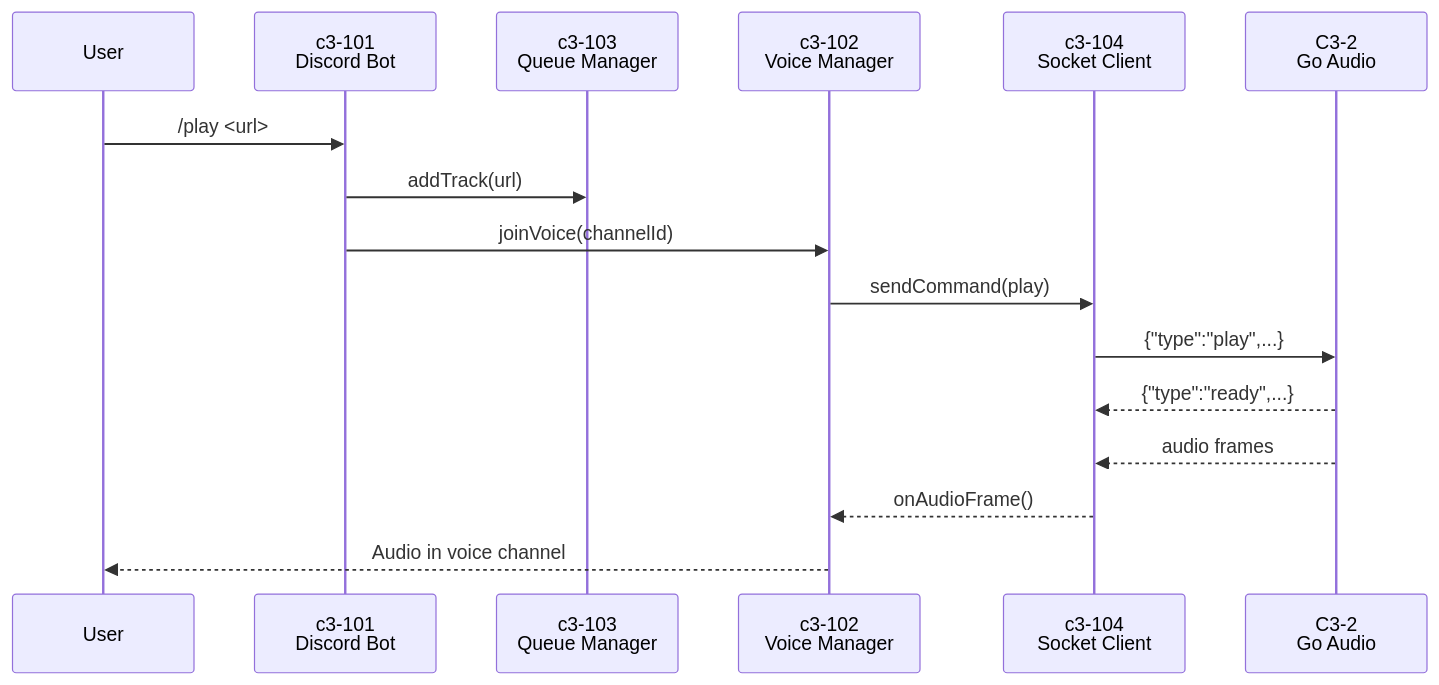
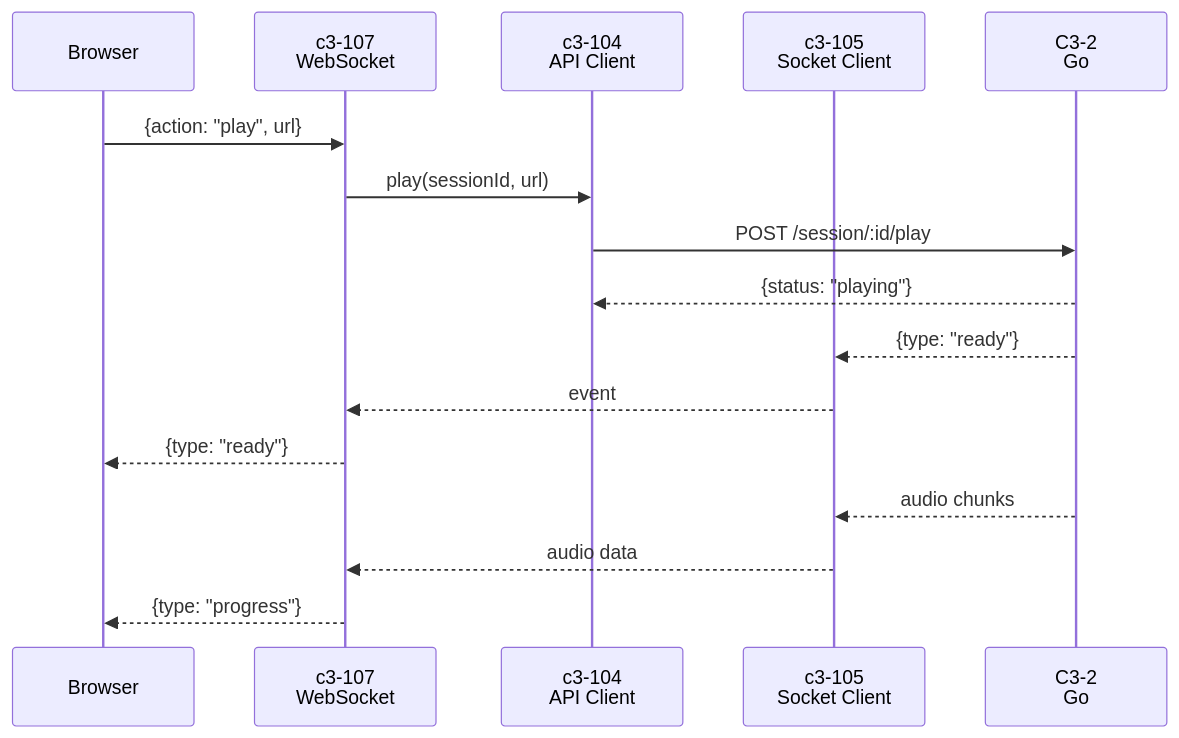
One commit to thewind121212/natashi changed the fourth of 6 diagrams in .c3/c3-1-nodejs/README.md. Above: the diagram before and after it, drawn with Mermaid. The commit also changed other lines of this file and 34 other files, not shown here.

````diff
--- a/.c3/c3-1-nodejs/README.md
+++ b/.c3/c3-1-nodejs/README.md
@@ -147,19 +132,19 @@
 ```mermaid
 sequenceDiagram
-    participant U as User
-    participant C101 as c3-101<br/>Discord Bot
-    participant C103 as c3-103<br/>Queue Manager
-    participant C102 as c3-102<br/>Voice Manager
-    participant C104 as c3-104<br/>Socket Client
-    participant GO as C3-2<br/>Go Audio
+    participant B as Browser
+    participant WS as c3-107<br/>WebSocket
+    participant API as c3-104<br/>API Client
+    participant SC as c3-105<br/>Socket Client
+    participant GO as C3-2<br/>Go
 
-    U->>C101: /play <url>
-    C101->>C103: addTrack(url)
-    C101->>C102: joinVoice(channelId)
-    C102->>C104: sendCommand(play)
-    C104->>GO: {"type":"play",...}
-    GO-->>C104: {"type":"ready",...}
-    GO-->>C104: audio frames
-    C104-->>C102: onAudioFrame()
-    C102-->>U: Audio in voice channel
+    B->>WS: {action: "play", url}
+    WS->>API: play(sessionId, url)
+    API->>GO: POST /session/:id/play
+    GO-->>API: {status: "playing"}
+    GO-->>SC: {type: "ready"}
+    SC-->>WS: event
+    WS-->>B: {type: "ready"}
+    GO-->>SC: audio chunks
+    SC-->>WS: audio data
+    WS-->>B: {type: "progress"}
 ```
````
